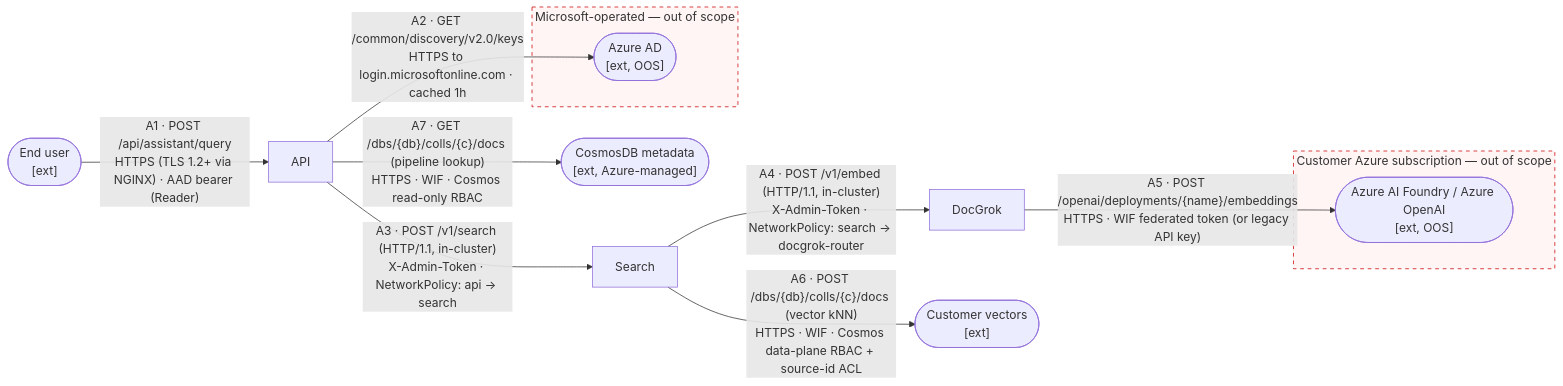
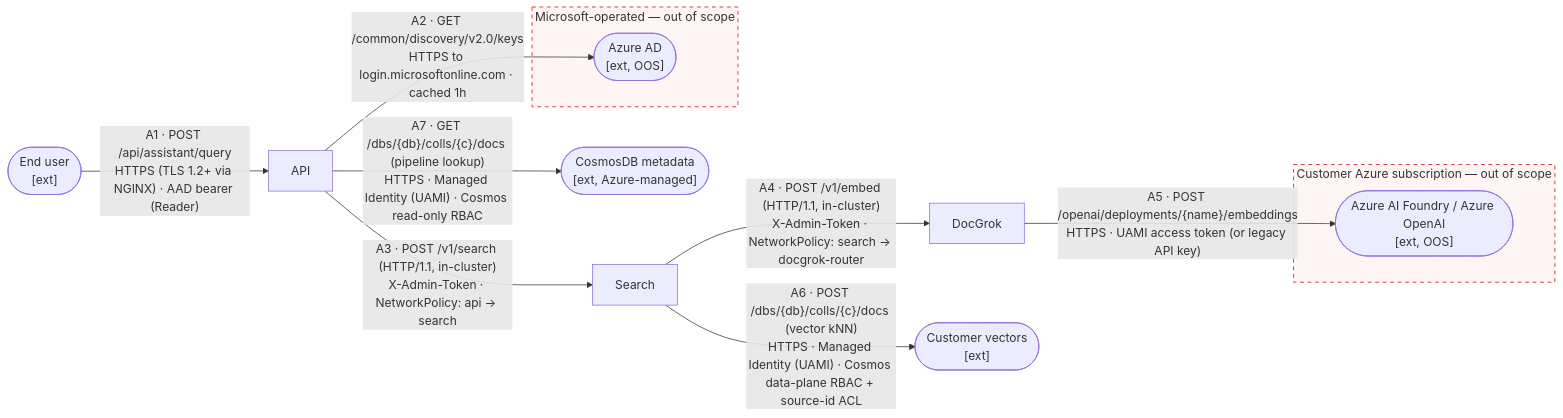
One commit to AzureCosmosDB/OmniVec changed the second of 6 diagrams in docs/security/threat-model.md. Above: the diagram before and after it, drawn with Mermaid. The commit also changed other lines of this file and 2 other files, not shown here.

First line of the commit message:
security(threat-model): add Scenario D (service-app search via searchIngress) + T-SRCH-2; rename WIF -> Managed Identity (UAMI)

````diff
--- a/docs/security/threat-model.md
+++ b/docs/security/threat-model.md
@@ -139,29 +139,29 @@
 ```mermaid
 flowchart LR
   user(["End user<br/>[ext]"])
 
   subgraph msft["Microsoft-operated — out of scope"]
     aad(["Azure AD<br/>[ext, OOS]"])
   end
 
   api["API"]
   search["Search"]
   docgrok["DocGrok"]
   cmeta(["CosmosDB metadata<br/>[ext, Azure-managed]"])
   cvec(["Customer vectors<br/>[ext]"])
 
   subgraph custsub["Customer Azure subscription — out of scope"]
     foundry(["Azure AI Foundry / Azure OpenAI<br/>[ext, OOS]"])
   end
 
   user -->|"A1 · POST /api/assistant/query<br/>HTTPS (TLS 1.2+ via NGINX) · AAD bearer (Reader)"| api
   api -->|"A2 · GET /common/discovery/v2.0/keys<br/>HTTPS to login.microsoftonline.com · cached 1h"| aad
   api -->|"A3 · POST /v1/search (HTTP/1.1, in-cluster)<br/>X-Admin-Token · NetworkPolicy: api → search"| search
   search -->|"A4 · POST /v1/embed (HTTP/1.1, in-cluster)<br/>X-Admin-Token · NetworkPolicy: search → docgrok-router"| docgrok
-  docgrok -->|"A5 · POST /openai/deployments/{name}/embeddings<br/>HTTPS · WIF federated token (or legacy API key)"| foundry
-  search -->|"A6 · POST /dbs/{db}/colls/{c}/docs (vector kNN)<br/>HTTPS · WIF · Cosmos data-plane RBAC + source-id ACL"| cvec
-  api -->|"A7 · GET /dbs/{db}/colls/{c}/docs (pipeline lookup)<br/>HTTPS · WIF · Cosmos read-only RBAC"| cmeta
+  docgrok -->|"A5 · POST /openai/deployments/{name}/embeddings<br/>HTTPS · UAMI access token (or legacy API key)"| foundry
+  search -->|"A6 · POST /dbs/{db}/colls/{c}/docs (vector kNN)<br/>HTTPS · Managed Identity (UAMI) · Cosmos data-plane RBAC + source-id ACL"| cvec
+  api -->|"A7 · GET /dbs/{db}/colls/{c}/docs (pipeline lookup)<br/>HTTPS · Managed Identity (UAMI) · Cosmos read-only RBAC"| cmeta
 
   style msft fill:#fff5f5,stroke:#c00,stroke-dasharray: 5 5
   style custsub fill:#fff5f5,stroke:#c00,stroke-dasharray: 5 5
 ```
````
